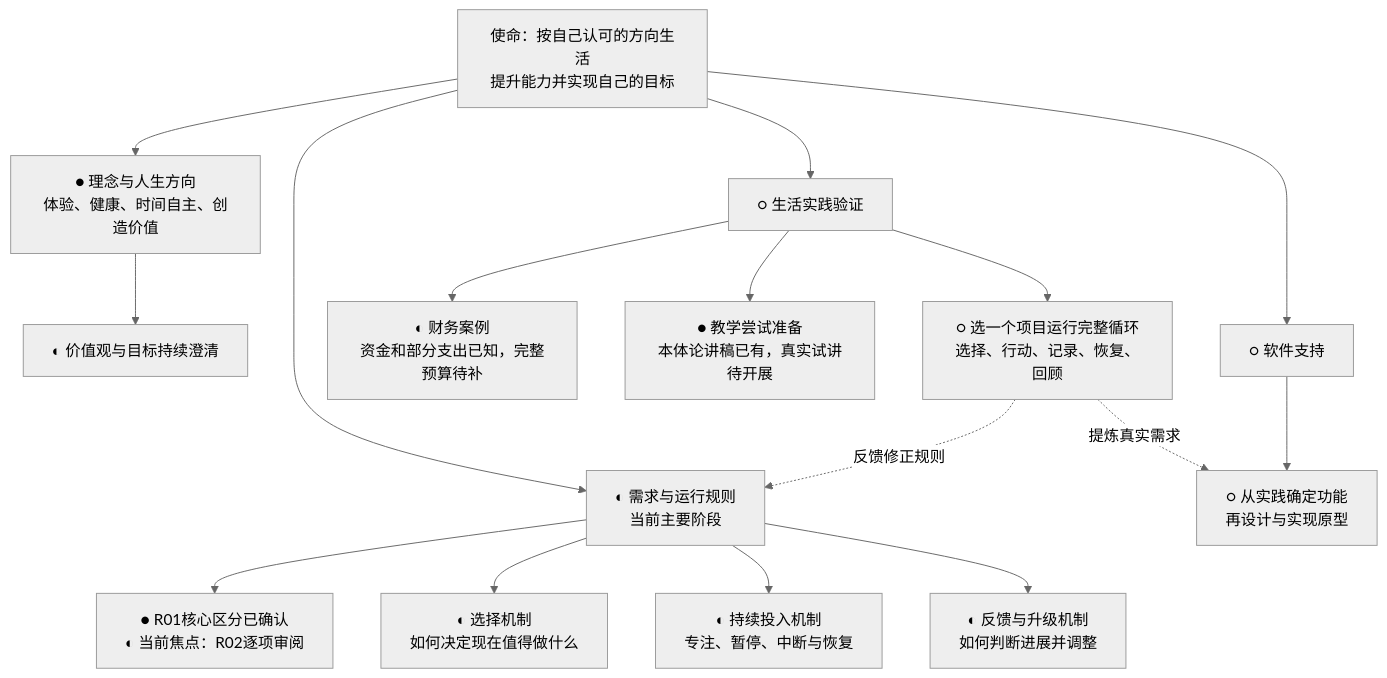
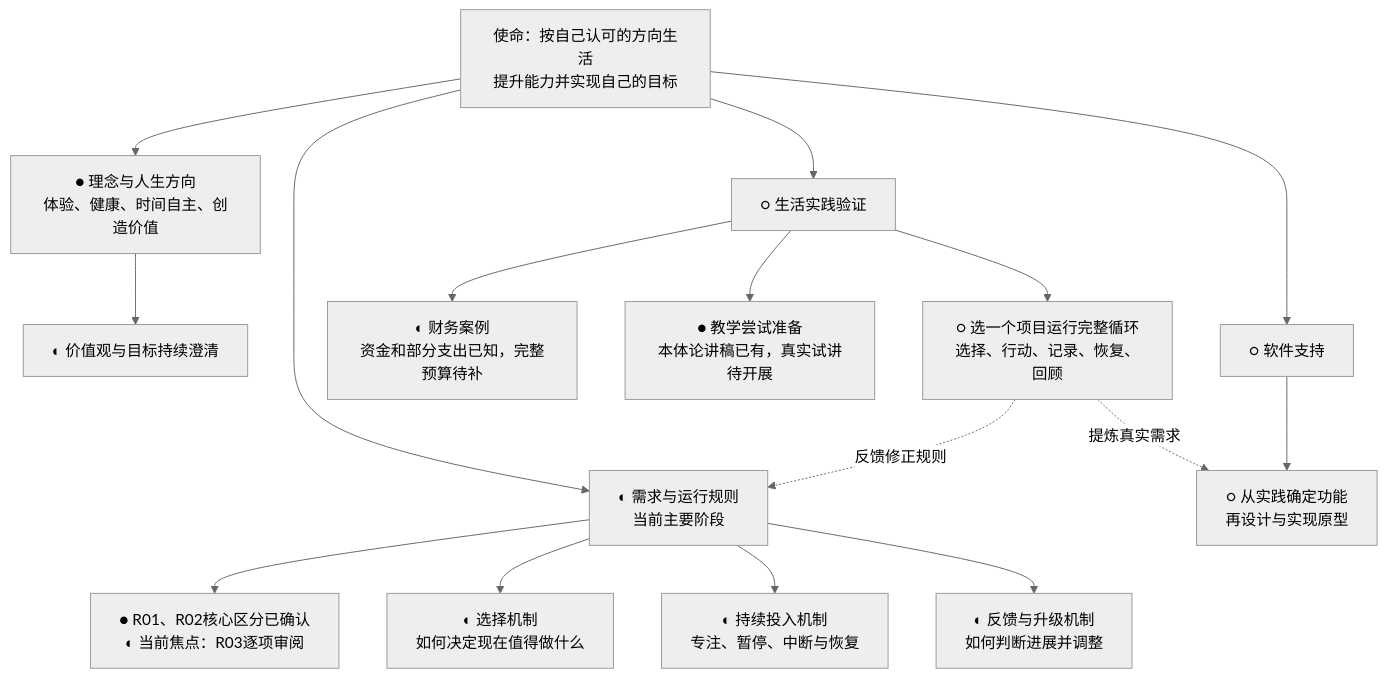
Before and after one commit to fangjiaqi2023-jpg/life-flywheel: the first of 2 diagrams in 项目/人生飞轮/项目推进图.md, drawn with Mermaid (neutral theme). The commit also changed other lines of this file, not shown here.

````diff
--- a/项目/人生飞轮/项目推进图.md
+++ b/项目/人生飞轮/项目推进图.md
@@ -11,22 +11,22 @@
 ```mermaid
 flowchart TD
     M[使命：按自己认可的方向生活<br/>提升能力并实现自己的目标]
     M --> A[● 理念与人生方向<br/>体验、健康、时间自主、创造价值]
     M --> B[◐ 需求与运行规则<br/>当前主要阶段]
     M --> C[○ 生活实践验证]
     M --> D[○ 软件支持]
 
     A --> A1[◐ 价值观与目标持续澄清]
-    B --> B0[● R01核心区分已确认<br/>◐ 当前焦点：R02逐项审阅]
+    B --> B0[● R01、R02核心区分已确认<br/>◐ 当前焦点：R03逐项审阅]
     B --> B1[◐ 选择机制<br/>如何决定现在值得做什么]
     B --> B2[◐ 持续投入机制<br/>专注、暂停、中断与恢复]
     B --> B3[◐ 反馈与升级机制<br/>如何判断进展并调整]
 
     C --> C1[◐ 财务案例<br/>资金和部分支出已知，完整预算待补]
     C --> C2[● 教学尝试准备<br/>本体论讲稿已有，真实试讲待开展]
     C --> C3[○ 选一个项目运行完整循环<br/>选择、行动、记录、恢复、回顾]
     D --> D1[○ 从实践确定功能<br/>再设计与实现原型]
 
     C3 -.反馈修正规则.-> B
     C3 -.提炼真实需求.-> D1
 ```
````
